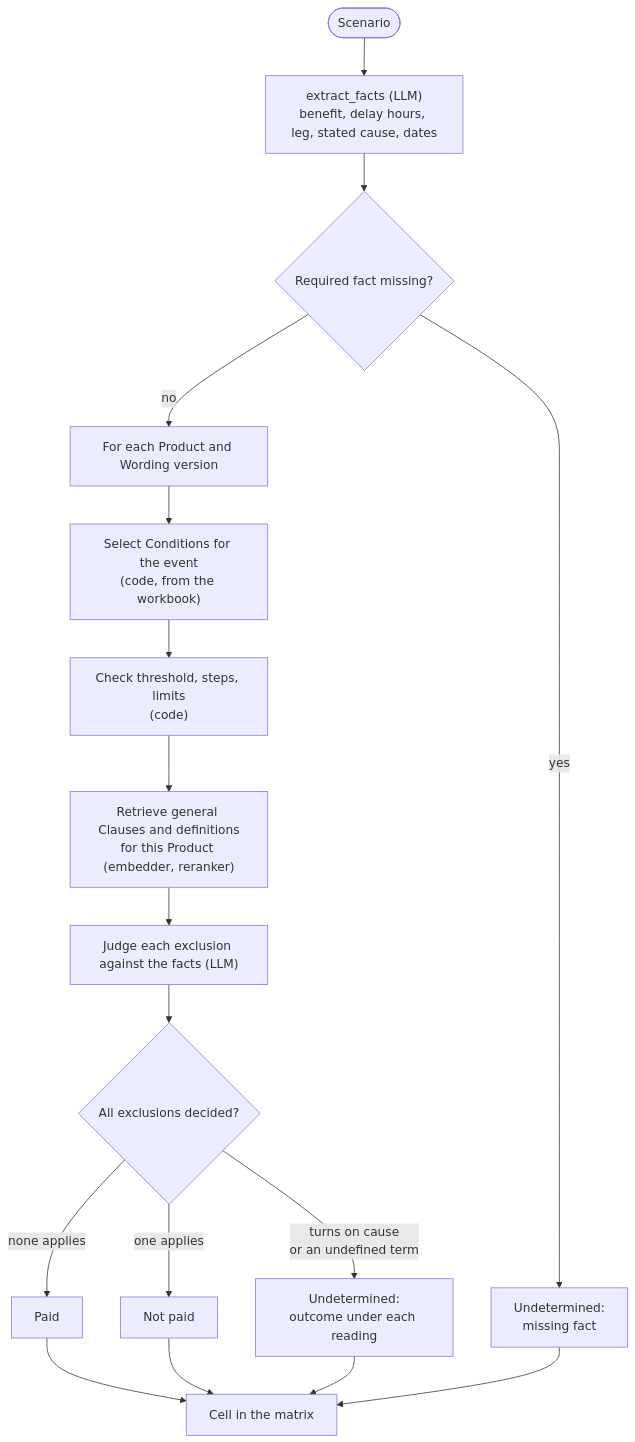
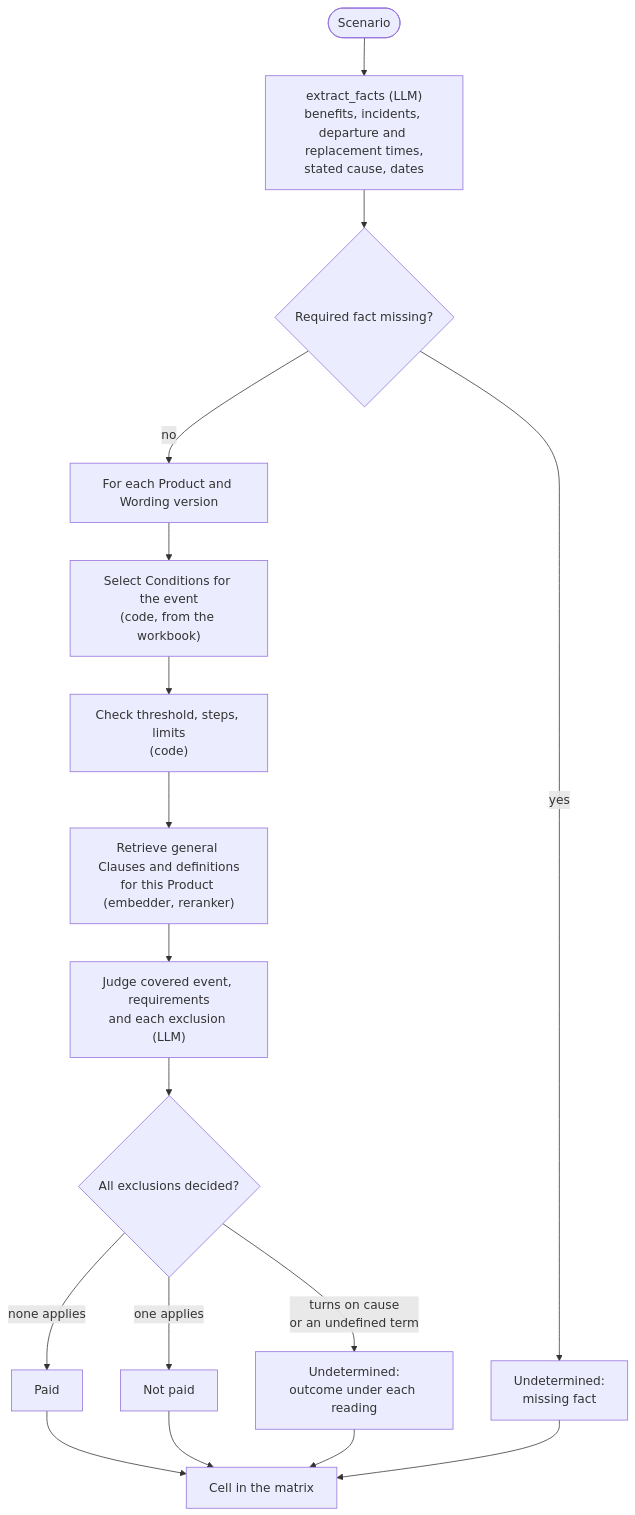
The second of 4 diagrams in docs/ARCHITECTURE.md (matthewhoung/travel-claims-agent), drawn with Mermaid before and after one commit. The commit also changed other lines of this file and 4 other files, not shown here.

````diff
--- a/docs/ARCHITECTURE.md
+++ b/docs/ARCHITECTURE.md
@@ -110,19 +117,19 @@
 ```mermaid
 flowchart TD
-  Q([Scenario]) --> F["extract_facts (LLM)<br/>benefit, delay hours, leg, stated cause, dates"]
+  Q([Scenario]) --> F["extract_facts (LLM)<br/>benefits, incidents, departure and replacement times,<br/>stated cause, dates"]
   F --> MF{"Required fact missing?"}
   MF -- yes --> U1["Undetermined:<br/>missing fact"]
   MF -- no --> EACH["For each Product and Wording version"]
   EACH --> C["Select Conditions for the event<br/>(code, from the workbook)"]
   C --> T["Check threshold, steps, limits<br/>(code)"]
   T --> R["Retrieve general Clauses and definitions<br/>for this Product (embedder, reranker)"]
-  R --> X["Judge each exclusion against the facts (LLM)"]
+  R --> X["Judge covered event, requirements<br/>and each exclusion (LLM)"]
   X --> V{"All exclusions decided?"}
   V -- "none applies" --> PAID[Paid]
   V -- "one applies" --> NOT[Not paid]
   V -- "turns on cause<br/>or an undefined term" --> U2["Undetermined:<br/>outcome under each reading"]
   PAID --> OUT[Cell in the matrix]
   NOT --> OUT
   U2 --> OUT
   U1 --> OUT
 ```
````
